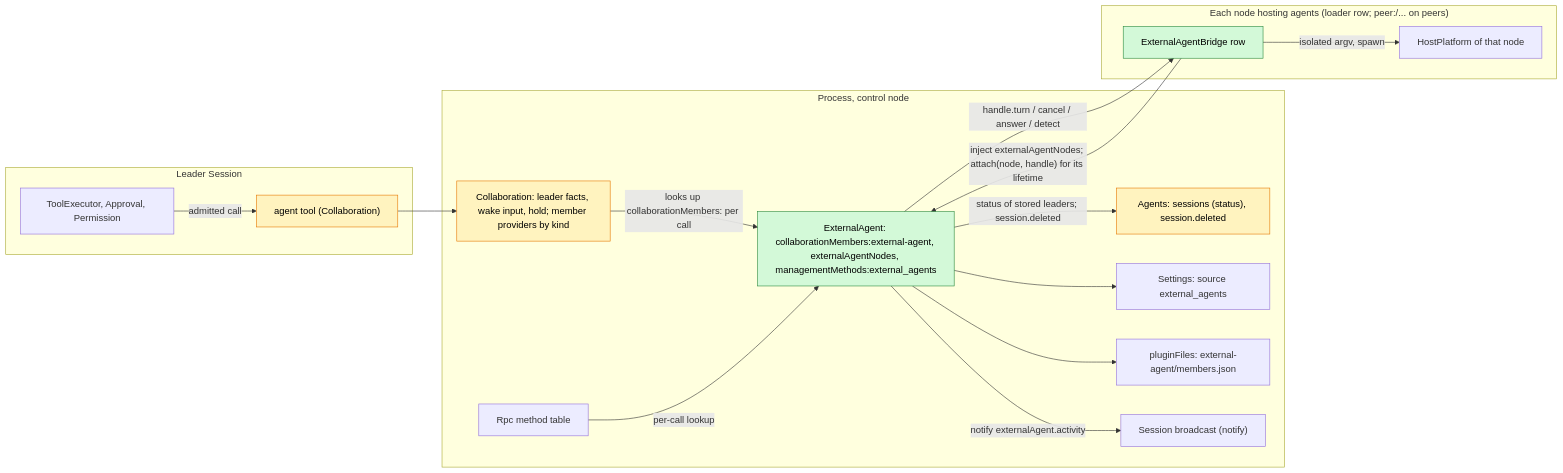
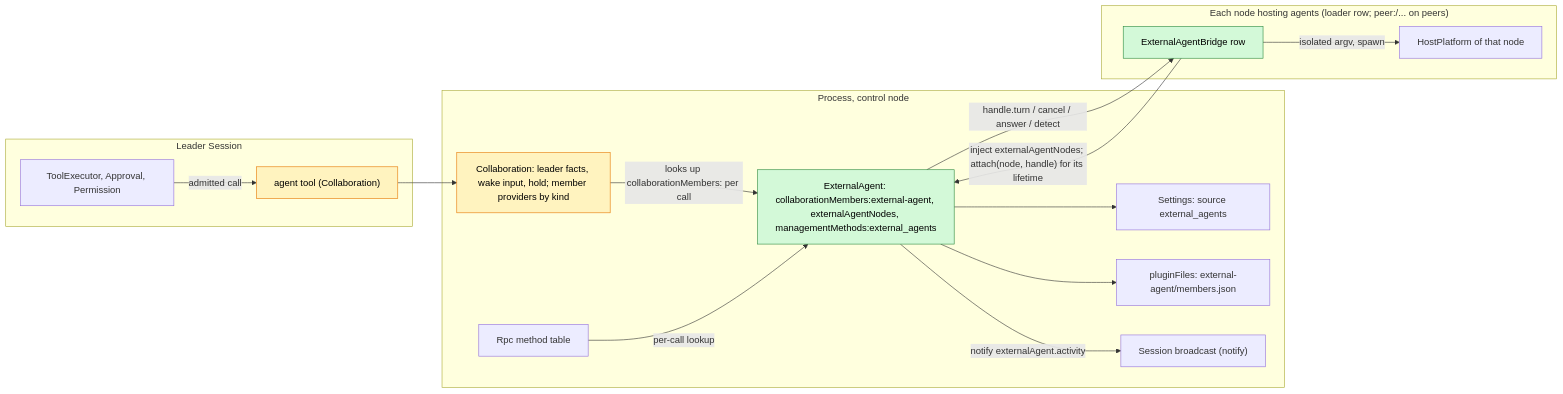
One commit to CoutinhoTTS/dim-agent changed the first of 4 diagrams in docs/design/plugins/ExternalAgent.md. Above: the diagram before and after it, drawn with Mermaid. The commit also changed other lines of this file and 6 other files, not shown here.

````diff
--- a/docs/design/plugins/ExternalAgent.md
+++ b/docs/design/plugins/ExternalAgent.md
@@ -31,33 +31,31 @@
 ```mermaid
 flowchart LR
   classDef new fill:#d3f9d8,stroke:#2b8a3e,color:#000
   classDef chg fill:#fff3bf,stroke:#e67700,color:#000
   subgraph leader["Leader Session"]
     Tool["agent tool (Collaboration)"]:::chg
     TE["ToolExecutor, Approval, Permission"]
   end
   subgraph proc["Process, control node"]
     Coll["Collaboration: leader facts, wake input, hold; member providers by kind"]:::chg
     EA["ExternalAgent: collaborationMembers:external-agent, externalAgentNodes, managementMethods:external_agents"]:::new
-    AG["Agents: sessions (status), session.deleted"]:::chg
     Settings["Settings: source external_agents"]
     PF["pluginFiles: external-agent/members.json"]
     SB["Session broadcast (notify)"]
     Rpc["Rpc method table"]
   end
   subgraph node["Each node hosting agents (loader row; peer:<node>/... on peers)"]
     BR["ExternalAgentBridge row"]:::new
     HP["HostPlatform of that node"]
   end
   TE -->|"admitted call"| Tool
   Tool --> Coll
   Coll -->|"looks up collaborationMembers:<kind> per call"| EA
   BR -->|"inject externalAgentNodes; attach(node, handle) for its lifetime"| EA
   EA -->|"handle.turn / cancel / answer / detect"| BR
   BR -->|"isolated argv, spawn"| HP
   EA -->|"notify externalAgent.activity"| SB
-  EA -->|"status of stored leaders; session.deleted"| AG
   Rpc -->|"per-call lookup"| EA
   EA --> Settings
   EA --> PF
 ```
````
